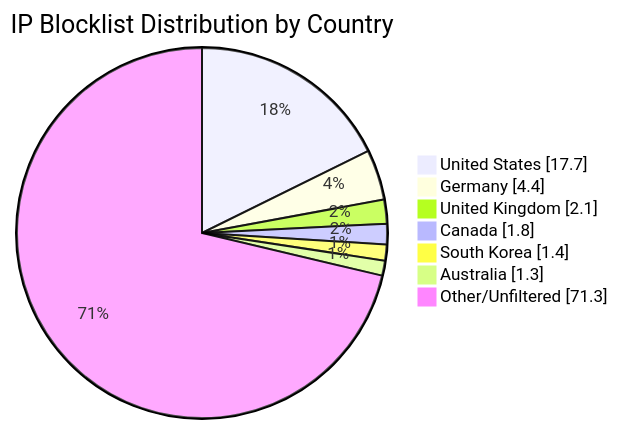
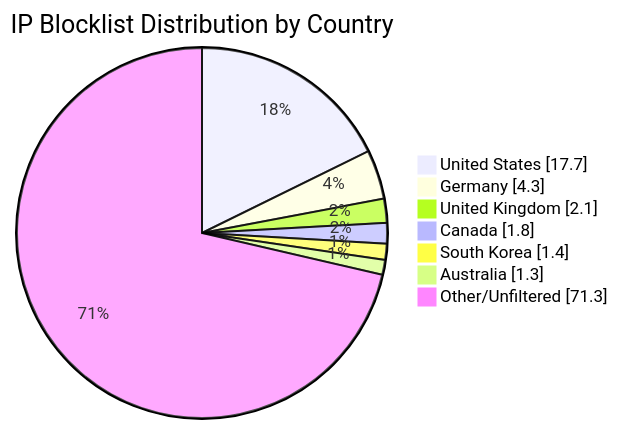
Before and after one commit to MarcusHoltz/ipblocklist-geofiltered-aggregator: the diagram in README.md, drawn with Mermaid. The commit also changed other lines of this file and 9 other files, not shown here.

````diff
--- a/README.md
+++ b/README.md
@@ -34,10 +34,10 @@
 ```mermaid
 pie showData title IP Blocklist Distribution by Country
 "United States" : 17.7
-"Germany" : 4.4
+"Germany" : 4.3
 "United Kingdom" : 2.1
 "Canada" : 1.8
 "South Korea" : 1.4
 "Australia" : 1.3
 "Other/Unfiltered" : 71.3
 ```
````
